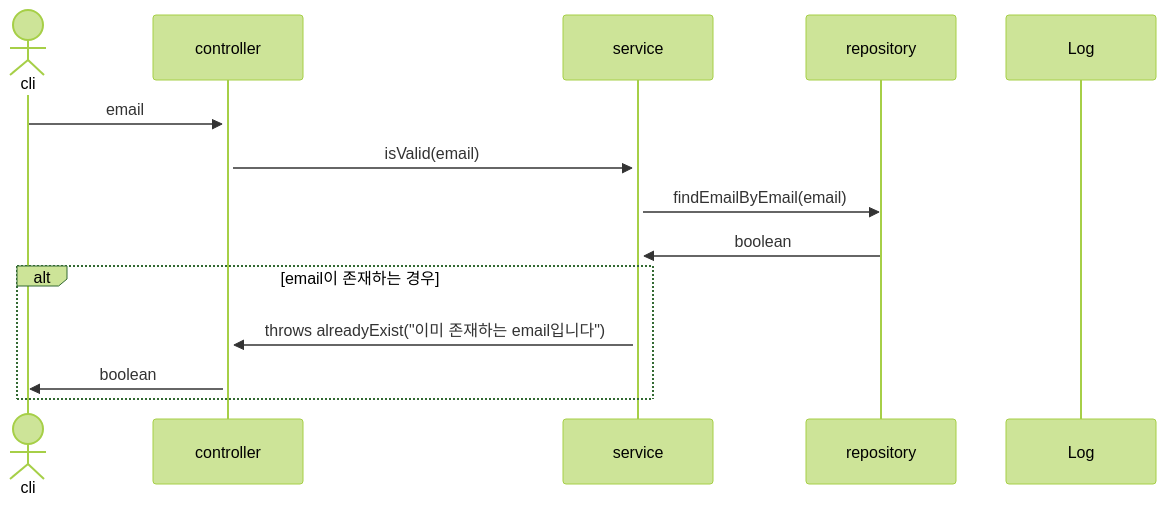
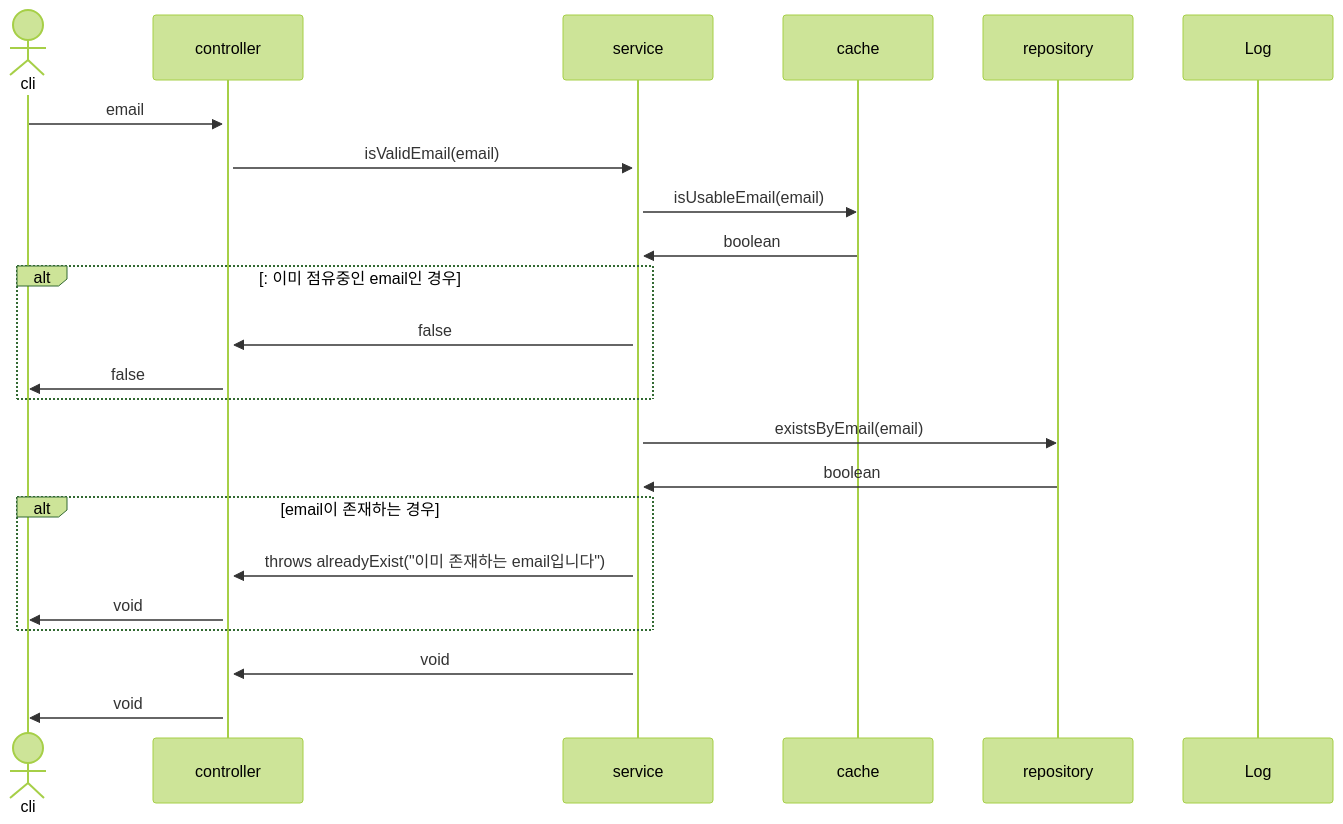
Before and after one commit to mtak0235/snsX: the first of 30 diagrams in sequence.md, drawn with Mermaid (forest theme). The commit also changed other lines of this file, not shown here.

Commit message:
update isValidMemberEmail & isValidMemberNickName & memberSignup sequence diagram

````diff
--- a/sequence.md
+++ b/sequence.md
@@ -3,17 +3,26 @@
 ```mermaid
 sequenceDiagram
 actor cli
 participant c as controller
 participant s as service
+participant ca as cache
 participant r as repository
 participant l as Log
 
 cli->>+c: email
-c->>+s: isValid(email)
-s->>r: findEmailByEmail(email)
+c->>+s: isValidEmail(email)
+s->>ca: isUsableEmail(email)
+ca->>s: boolean
+alt: 이미 점유중인 email인 경우
+s->>c: false
+c->>cli: false
+end
+s->>r: existsByEmail(email)
 r->>s: boolean
 alt email이 존재하는 경우
 s->>c: throws alreadyExist("이미 존재하는 email입니다")
-c->>cli: boolean
+c->>cli: void
 end
+s->>c: void
+c->>cli: void
 ```
````
